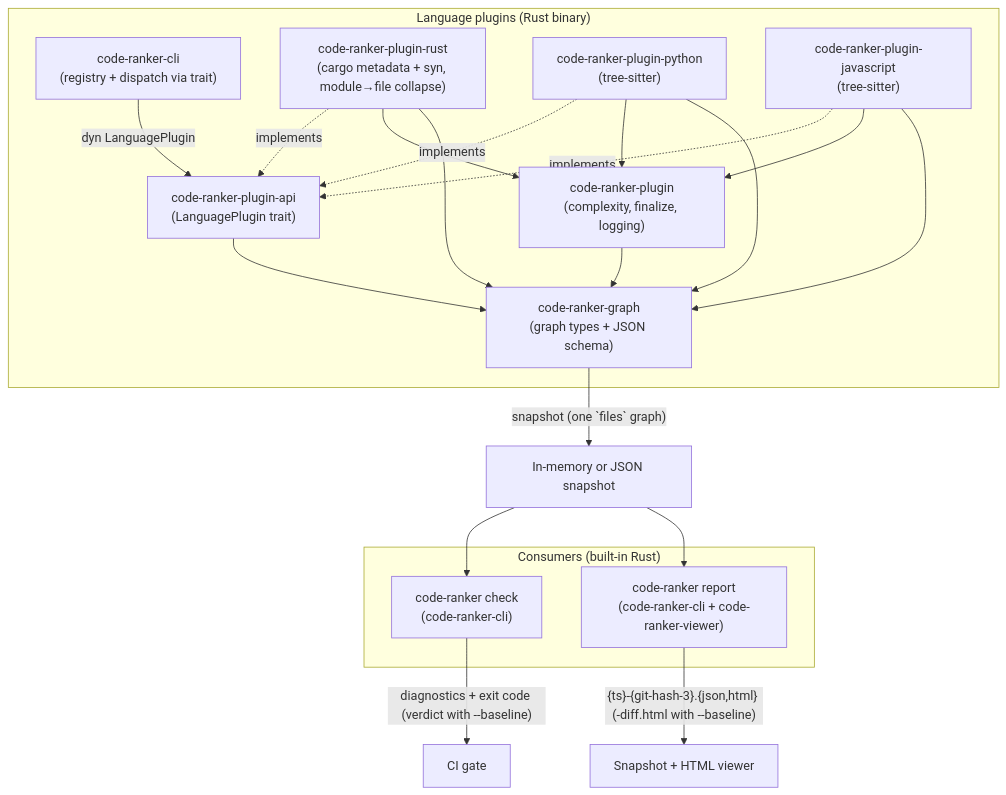
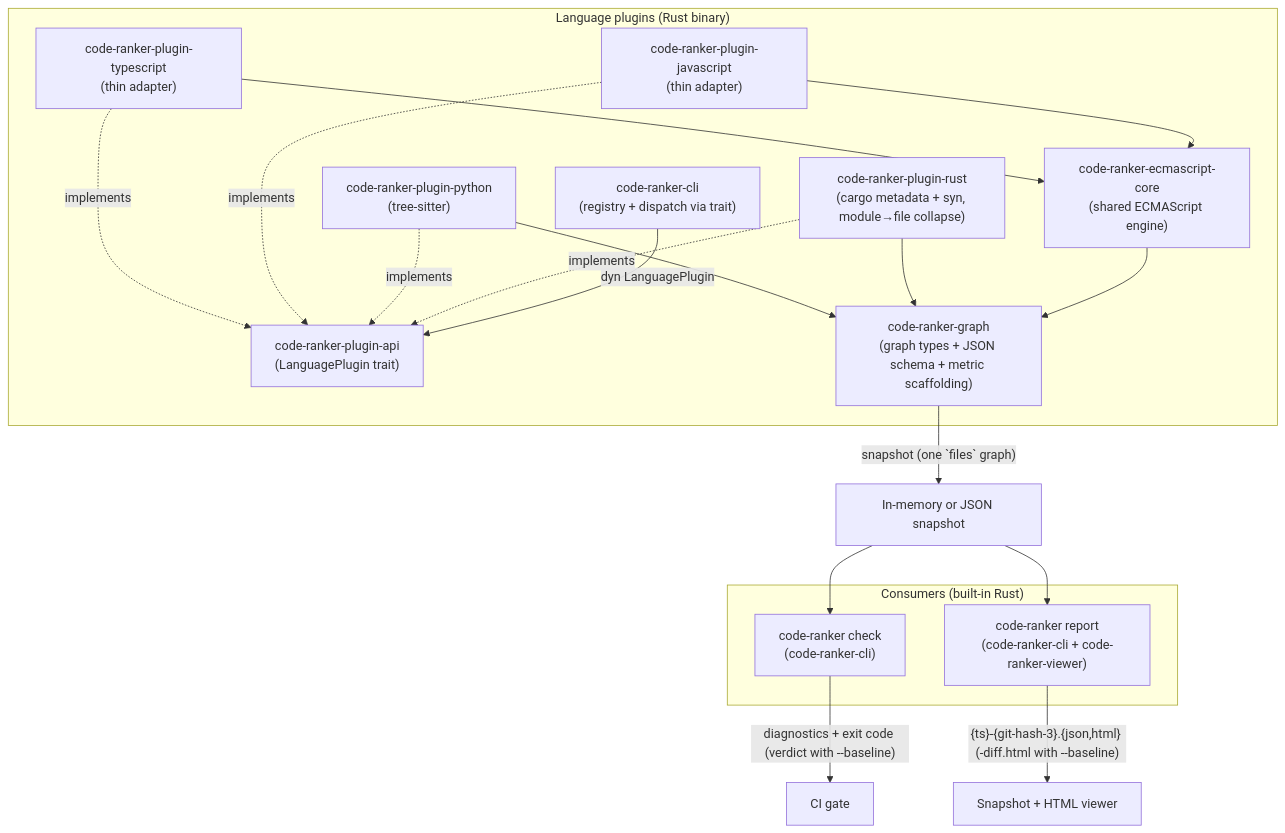
Before and after one commit to ffedoroff/code-ranker: the first of 5 diagrams in docs/DESIGN.md, drawn with Mermaid. The commit also changed other lines of this file and 44 other files, not shown here.

First line of the commit message:
refactor(metrics): metrics behind the plugin trait; dissolve complexity into graph

````diff
--- a/docs/DESIGN.md
+++ b/docs/DESIGN.md
@@ -103,36 +103,35 @@
 ```mermaid
 flowchart TD
     subgraph step1["Language plugins (Rust binary)"]
         cli["code-ranker-cli<br/>(registry + dispatch via trait)"]
         api["code-ranker-plugin-api<br/>(LanguagePlugin trait)"]
         pr["code-ranker-plugin-rust<br/>(cargo metadata + syn, module→file collapse)"]
         pp["code-ranker-plugin-python<br/>(tree-sitter)"]
-        pj["code-ranker-plugin-javascript<br/>(tree-sitter)"]
-        plug["code-ranker-plugin<br/>(complexity, finalize, logging)"]
-        core["code-ranker-graph<br/>(graph types + JSON schema)"]
+        pj["code-ranker-plugin-javascript<br/>(thin adapter)"]
+        pt["code-ranker-plugin-typescript<br/>(thin adapter)"]
+        eco["code-ranker-ecmascript-core<br/>(shared ECMAScript engine)"]
+        core["code-ranker-graph<br/>(graph types + JSON schema + metric scaffolding)"]
         cli -->|"dyn LanguagePlugin"| api
         pr -.implements.-> api
         pp -.implements.-> api
         pj -.implements.-> api
-        pr --> plug
-        pp --> plug
-        pj --> plug
-        api --> core
-        plug --> core
+        pt -.implements.-> api
+        pj --> eco
+        pt --> eco
+        eco --> core
         pr --> core
         pp --> core
-        pj --> core
     end
 
     core -->|"snapshot (one `files` graph)"| artifacts["In-memory or JSON snapshot"]
 
     subgraph consume["Consumers (built-in Rust)"]
         check["code-ranker check<br/>(code-ranker-cli)"]
         report["code-ranker report<br/>(code-ranker-cli + code-ranker-viewer)"]
     end
 
     artifacts --> check
     artifacts --> report
     check -->|"diagnostics + exit code (verdict with --baseline)"| gate["CI gate"]
     report -->|"{ts}-{git-hash-3}.{json,html} (-diff.html with --baseline)"| html_report["Snapshot + HTML viewer"]
 ```
````
